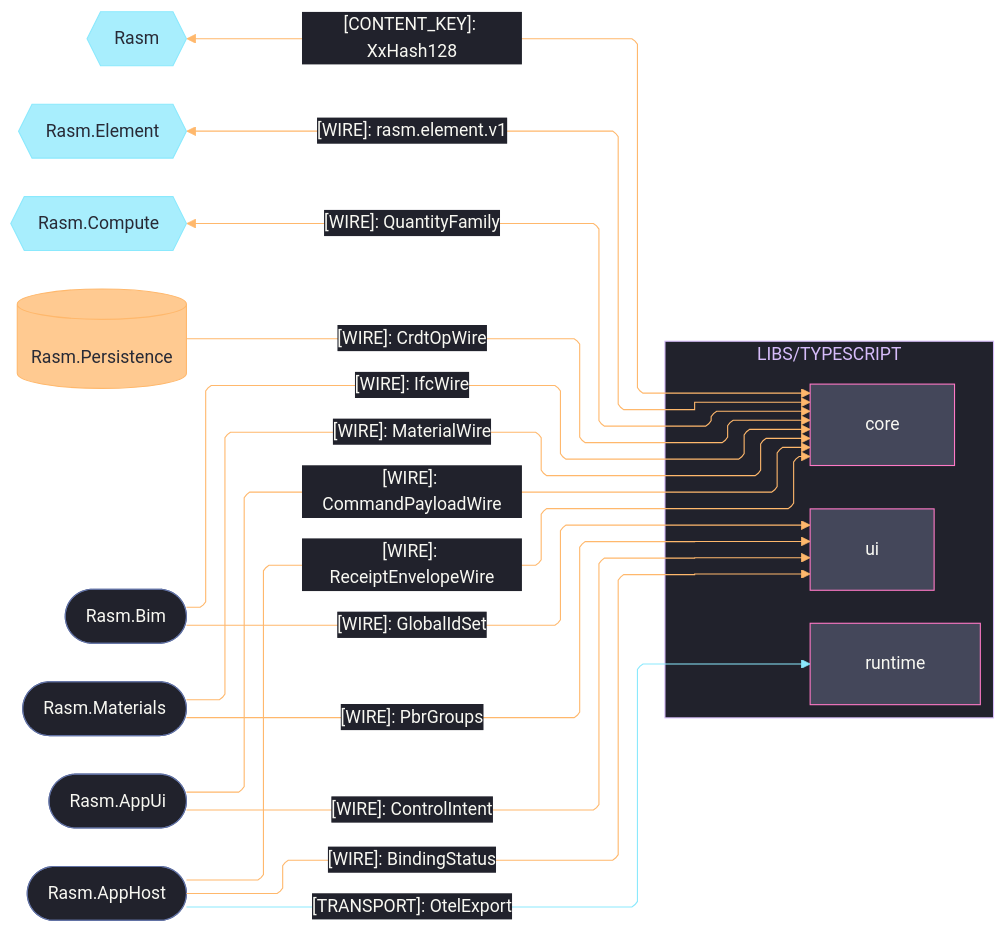
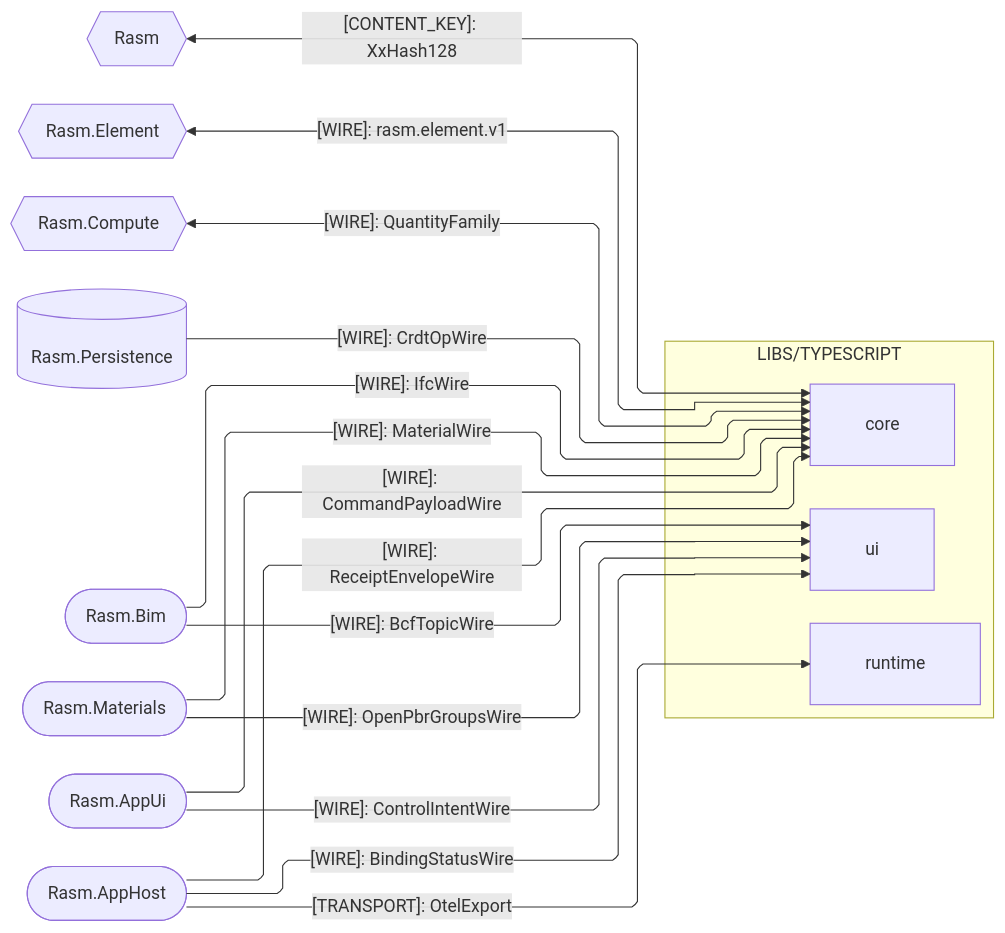
Before and after one commit to bsamiee/Rasm: the second of 2 diagrams in libs/typescript/.planning/ARCHITECTURE.md, drawn with Mermaid. The commit also changed other lines of this file and 460 other files, not shown here.

````diff
--- a/libs/typescript/.planning/ARCHITECTURE.md
+++ b/libs/typescript/.planning/ARCHITECTURE.md
@@ -105,69 +77,38 @@
 ```mermaid
 ---
 config:
-  theme: base
-  look: classic
   layout: elk
   flowchart:
     curve: linear
     padding: 25
-  themeVariables:
-    darkMode: true
-    fontFamily: "SF Mono, Menlo, Cascadia Mono, Segoe UI Mono, Consolas, monospace"
-    useGradient: false
-    dropShadow: "none"
-    background: "#282A36"
-    primaryColor: "#44475A"
-    primaryTextColor: "#F8F8F2"
-    primaryBorderColor: "#BD93F9"
-    lineColor: "#FF79C6"
-    textColor: "#F8F8F2"
-    clusterBkg: "#21222C"
-    clusterBorder: "#D6BCFA"
-    edgeLabelBackground: "#21222C"
-    labelBackgroundColor: "#21222C"
-    titleColor: "#D6BCFA"
-  themeCSS: ".nodeLabel{font-size:13px;font-weight:500}.edgeLabel{font-size:12px;font-weight:500}.cluster-label .nodeLabel{font-size:13.5px;font-weight:700;letter-spacing:.08em}.edge-thickness-normal{stroke-width:2px}.edge-thickness-thick{stroke-width:3px}.edge-pattern-dashed,.edge-pattern-dotted{stroke-width:1.5px;stroke-dasharray:4 6}.node rect,.node circle,.node polygon,.node path,.node .outer-path{stroke-width:1.5px;filter:none!important}.cluster rect{stroke-width:1px!important;stroke-dasharray:5 4!important;filter:none!important}.marker path{transform:scale(.8);transform-origin:5px 5px}.marker circle{transform:scale(.48);transform-origin:5px 5px}.edgeLabel rect{transform-box:fill-box;transform-origin:center;transform:scale(1.1,1.2)}"
 ---
 flowchart LR
     accTitle: TypeScript branch C# seam registry
-    accDescr: TypeScript owners core, runtime, and ui exchanging kinded wires with the C# packages — data-bearing kinds on the orange rail, telemetry transport on the cyan rail — persistence as the one data store, bidirectional peers as hexagons, one-way sources as stadiums.
+    accDescr: TypeScript owners core, runtime, and ui exchanging kinded wires with the C# packages — persistence as the one data store, bidirectional peers as hexagons, one-way sources as stadiums.
     subgraph ts[LIBS/TYPESCRIPT]
         Core[core]
         Runtime[runtime]
         Ui[ui]
     end
     Rasm{{Rasm}}
     Element{{Rasm.Element}}
     Compute{{Rasm.Compute}}
     Persistence[(Rasm.Persistence)]
     Bim([Rasm.Bim])
     Materials([Rasm.Materials])
     AppUi([Rasm.AppUi])
     AppHost([Rasm.AppHost])
     Rasm e1@<-->|"[CONTENT_KEY]: XxHash128"| Core
     Element e2@<-->|"[WIRE]: rasm.element.v1"| Core
     Compute e3@<-->|"[WIRE]: QuantityFamily"| Core
     Persistence e4@-->|"[WIRE]: CrdtOpWire"| Core
     Bim e6@-->|"[WIRE]: IfcWire"| Core
     Materials e7@-->|"[WIRE]: MaterialWire"| Core
     AppUi e8@-->|"[WIRE]: CommandPayloadWire"| Core
     AppHost e5@-->|"[WIRE]: ReceiptEnvelopeWire"| Core
-    Bim e12@-->|"[WIRE]: GlobalIdSet"| Ui
-    Materials e13@-->|"[WIRE]: PbrGroups"| Ui
-    AppUi e11@-->|"[WIRE]: ControlIntent"| Ui
-    AppHost e10@-->|"[WIRE]: BindingStatus"| Ui
+    Bim e12@-->|"[WIRE]: BcfTopicWire"| Ui
+    Materials e13@-->|"[WIRE]: OpenPbrGroupsWire"| Ui
+    AppUi e11@-->|"[WIRE]: ControlIntentWire"| Ui
+    AppHost e10@-->|"[WIRE]: BindingStatusWire"| Ui
     AppHost e9@-->|"[TRANSPORT]: OtelExport"| Runtime
-    classDef primary fill:#44475A,stroke:#FF79C6,color:#F8F8F2
-    classDef external fill:#8BE9FDBF,stroke:#8BE9FD,color:#282A36
-    classDef data fill:#FFB86CBF,stroke:#FFB86C,color:#282A36
-    classDef recessed fill:#21222C,stroke:#6272A4,color:#F8F8F2
-    classDef edgeData stroke:#FFB86C,color:#F8F8F2
-    classDef edgeExternal stroke:#8BE9FD,color:#F8F8F2
-    class Core,Runtime,Ui primary
-    class Rasm,Element,Compute external
-    class Persistence data
-    class AppHost,Bim,Materials,AppUi recessed
-    class e1,e2,e3,e4,e5,e6,e7,e8,e10,e11,e12,e13 edgeData
-    class e9 edgeExternal
 ```
````
